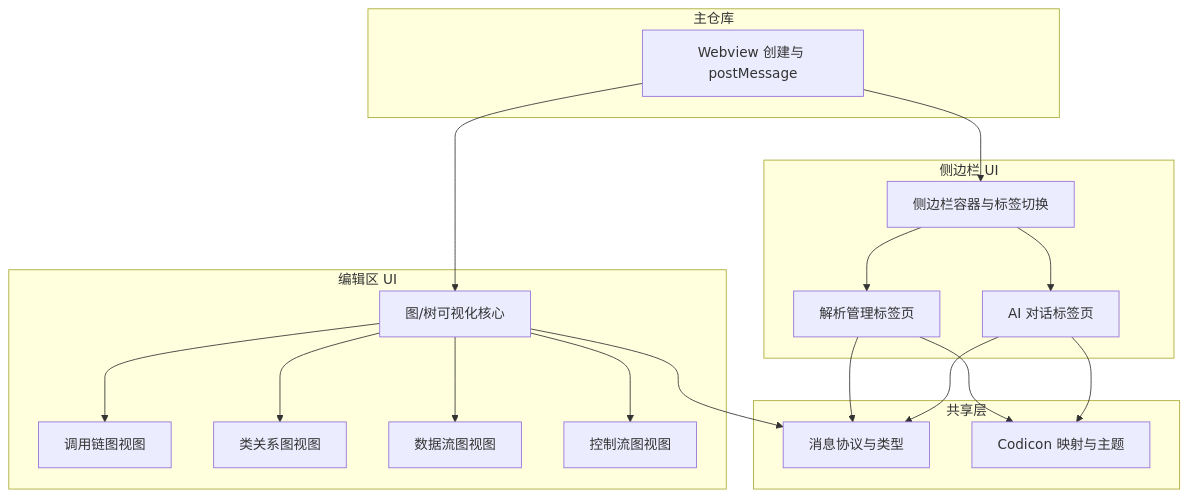
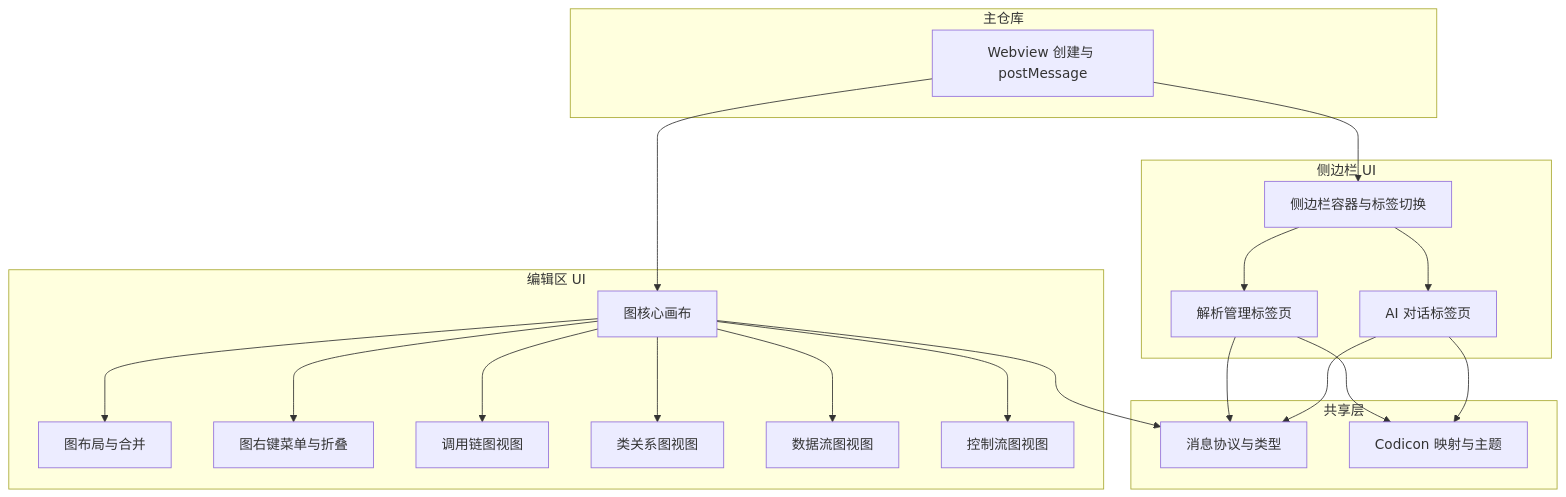
Before and after one commit to yushun667/codeXray: the diagram in doc/02-可视化界面/可视化界面详细功能与架构设计.md, drawn with Mermaid. The commit also changed other lines of this file and 30 other files, not shown here.

````diff
--- a/doc/02-可视化界面/可视化界面详细功能与架构设计.md
+++ b/doc/02-可视化界面/可视化界面详细功能与架构设计.md
@@ -64,35 +82,39 @@
 ```mermaid
 flowchart TB
   subgraph host [主仓库]
     WebviewHost[Webview 创建与 postMessage]
   end
   subgraph sidebar [侧边栏 UI]
     Container[侧边栏容器与标签切换]
     ParseTab[解析管理标签页]
     ChatTab[AI 对话标签页]
   end
   subgraph editor [编辑区 UI]
-    GraphCore[图/树可视化核心]
+    GraphCore[图核心画布]
+    LayoutMerge[图布局与合并]
+    MenuCollapse[图右键菜单与折叠]
     CallView[调用链图视图]
     ClassView[类关系图视图]
     DataFlowView[数据流图视图]
     CFGView[控制流图视图]
   end
   subgraph shared [共享层]
     Protocol[消息协议与类型]
     Icons[Codicon 映射与主题]
   end
   WebviewHost --> Container
   Container --> ParseTab
   Container --> ChatTab
   WebviewHost --> GraphCore
+  GraphCore --> LayoutMerge
+  GraphCore --> MenuCollapse
   GraphCore --> CallView
   GraphCore --> ClassView
   GraphCore --> DataFlowView
   GraphCore --> CFGView
   ParseTab --> Protocol
   ChatTab --> Protocol
   GraphCore --> Protocol
   ParseTab --> Icons
   ChatTab --> Icons
 ```
````
